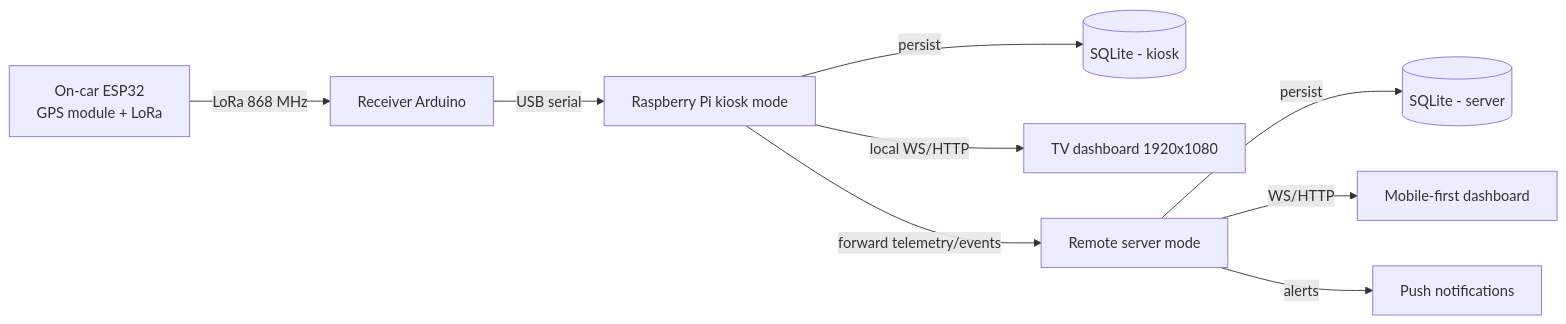
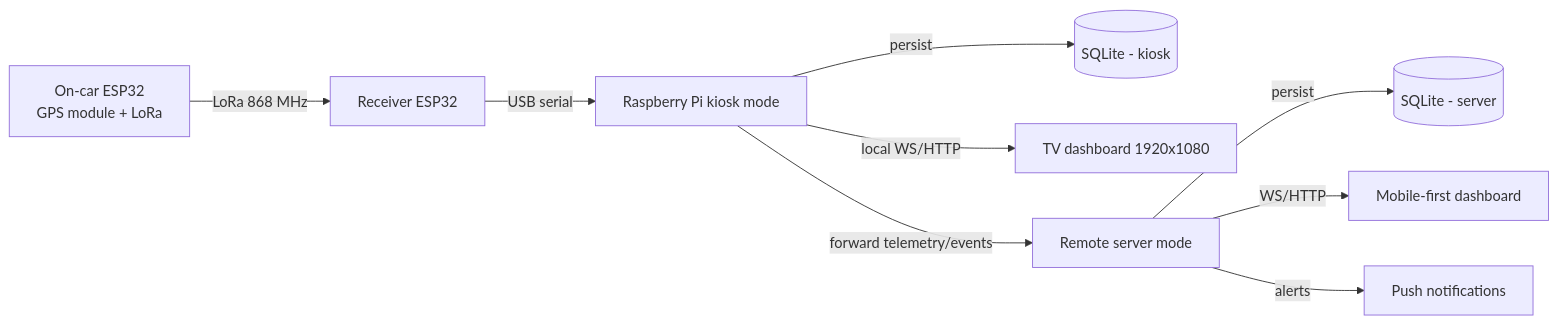
Before and after one commit to julien-wff/24h-stan-dashboard: the diagram in README.md, drawn with Mermaid. The commit also changed other lines of this file, not shown here.

Commit message:
docs: define JSON contract and replace Arduino with ESP

````diff
--- a/README.md
+++ b/README.md
@@ -285,21 +290,21 @@
 ```mermaid
 flowchart LR
   A[On-car ESP32<br/>GPS module + LoRa]
-  B[Receiver Arduino]
+  B[Receiver ESP32]
   C[Raspberry Pi kiosk mode]
   D[(SQLite - kiosk)]
   E[TV dashboard 1920x1080]
   F[Remote server mode]
   G[(SQLite - server)]
   H[Mobile-first dashboard]
   I[Push notifications]
 
   A -- LoRa 868 MHz --> B
   B -- USB serial --> C
   C -- persist --> D
   C -- local WS/HTTP --> E
   C -- forward telemetry/events --> F
   F -- persist --> G
   F -- WS/HTTP --> H
   F -- alerts --> I
 ```
````
